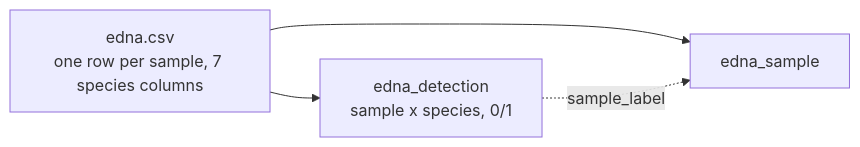
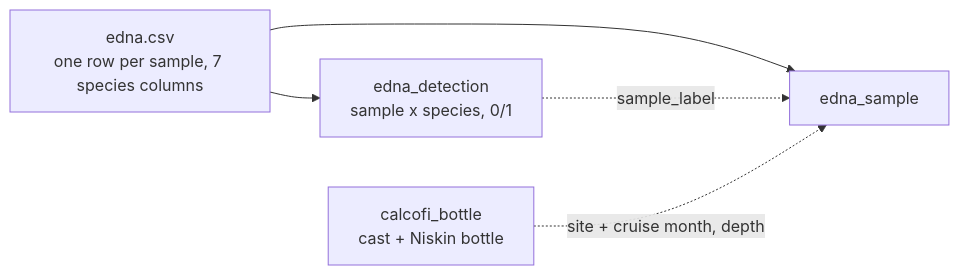
One commit to CalCOFI/workflows changed the diagram in ingest_sio_cetacean-edna.qmd. Above: the diagram before and after it, drawn with Mermaid. The commit also changed other lines of this file and 12 other files, not shown here.

First line of the commit message:
Cetaceans: counted sightings only, effort as an attribute, eDNA timed by its bottle cast

````diff
--- a/ingest_sio_cetacean-edna.qmd
+++ b/ingest_sio_cetacean-edna.qmd
@@ -57,6 +64,7 @@
 ```{mermaid}
 graph LR
   R[edna.csv<br/>one row per sample, 7 species columns] --> S[edna_sample]
   R --> D[edna_detection<br/>sample x species, 0/1]
   D -.sample_label.-> S
+  B[calcofi_bottle<br/>cast + Niskin bottle] -.site + cruise month, depth.-> S
 ```
````
